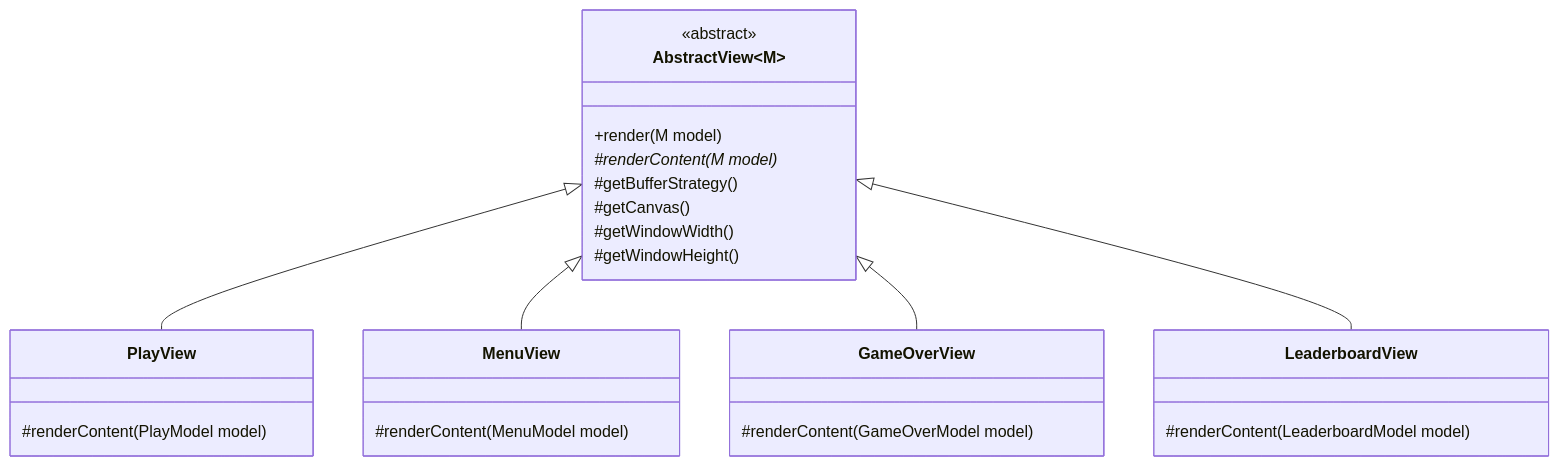
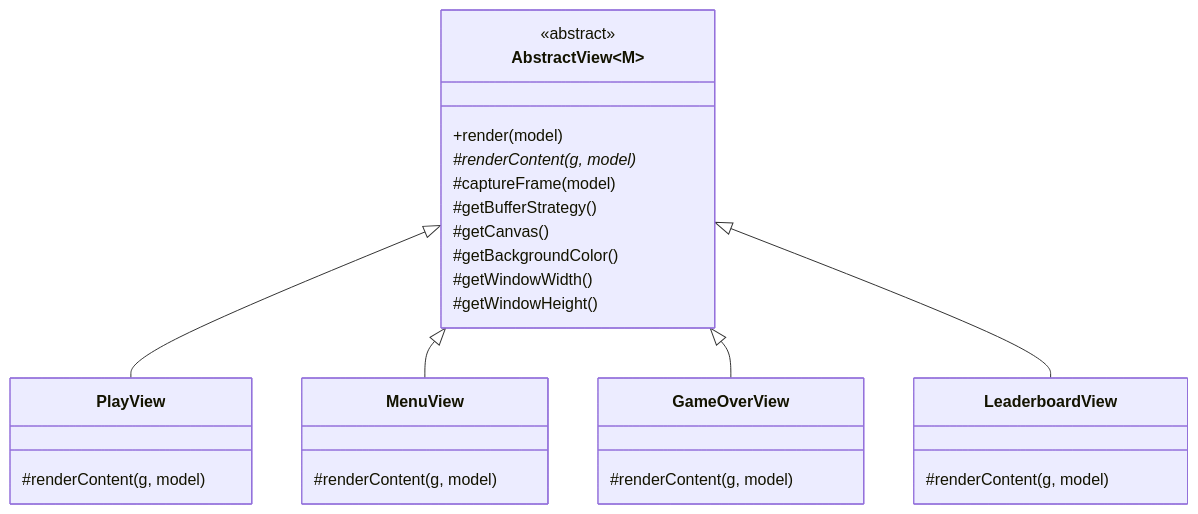
The diagram in report/resources/abstract-view.md (xpicio/tetraj), drawn with Mermaid before and after one commit. The commit also changed 20 other files, not shown here.

````diff
--- a/report/resources/abstract-view.md
+++ b/report/resources/abstract-view.md
@@ -1,33 +1,35 @@
 ```mermaid
 classDiagram
     class AbstractView~M~ {
         <<abstract>>
-        +render(M model)
-        #renderContent(M model)*
+        +render(model)
+        #renderContent(g, model)*
+        #captureFrame(model)
         #getBufferStrategy()
         #getCanvas()
+        #getBackgroundColor()
         #getWindowWidth()
         #getWindowHeight()
     }
 
     class PlayView {
-        #renderContent(PlayModel model)
+        #renderContent(g, model)
     }
 
     class MenuView {
-        #renderContent(MenuModel model)
+        #renderContent(g, model)
     }
 
     class GameOverView {
-        #renderContent(GameOverModel model)
+        #renderContent(g, model)
     }
 
     class LeaderboardView {
-        #renderContent(LeaderboardModel model)
+        #renderContent(g, model)
     }
 
     AbstractView <|-- PlayView
     AbstractView <|-- MenuView
     AbstractView <|-- GameOverView
     AbstractView <|-- LeaderboardView
 ```
````
